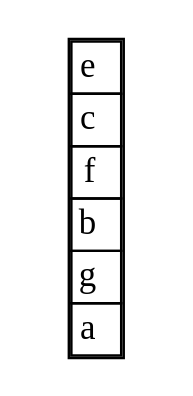
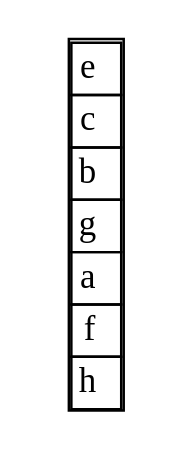
One commit to oscarc99/EDD_DIC_2019_PY2_201709140- changed the diagram in src/Imagenes/e0.dot. Above: the diagram before and after it, drawn with Graphviz. The commit also changed 183 other files, not shown here.

```diff
--- a/src/Imagenes/e0.dot
+++ b/src/Imagenes/e0.dot
@@ -1,16 +1,18 @@
 digraph G { 
   node [shape = name]; 
   2[label=  <<table border= "1 " cellspacing= " 0 "><tr> 
 <td> e</td> </tr> 
 <tr> 
 <td> c</td> </tr> 
 <tr> 
-<td> f</td> </tr> 
-<tr> 
 <td> b</td> </tr> 
 <tr> 
 <td> g</td> </tr> 
 <tr> 
 <td> a</td> </tr> 
+<tr> 
+<td> f</td> </tr> 
+<tr> 
+<td> h</td> </tr> 
 </table>>  shape = none ]; 
  }
```
